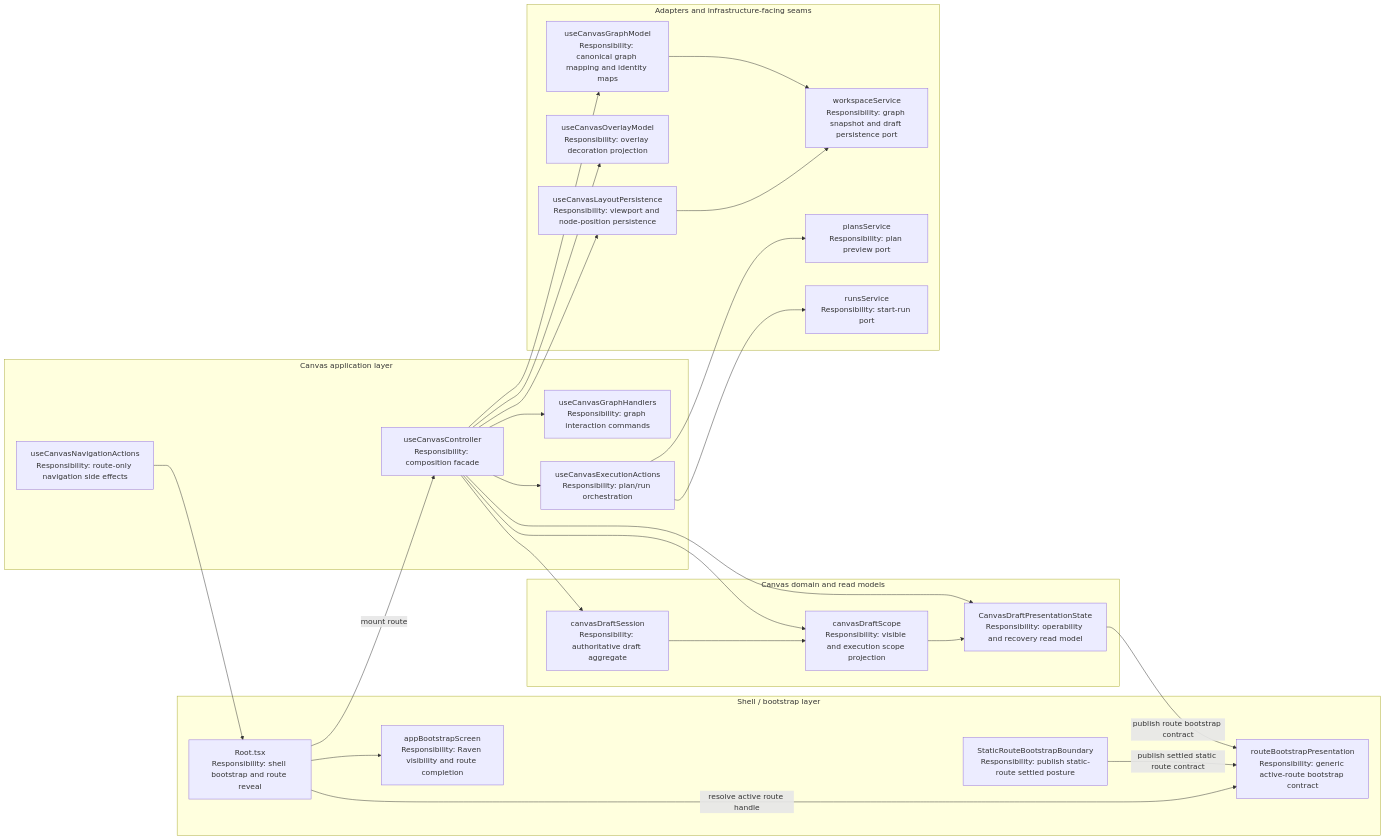
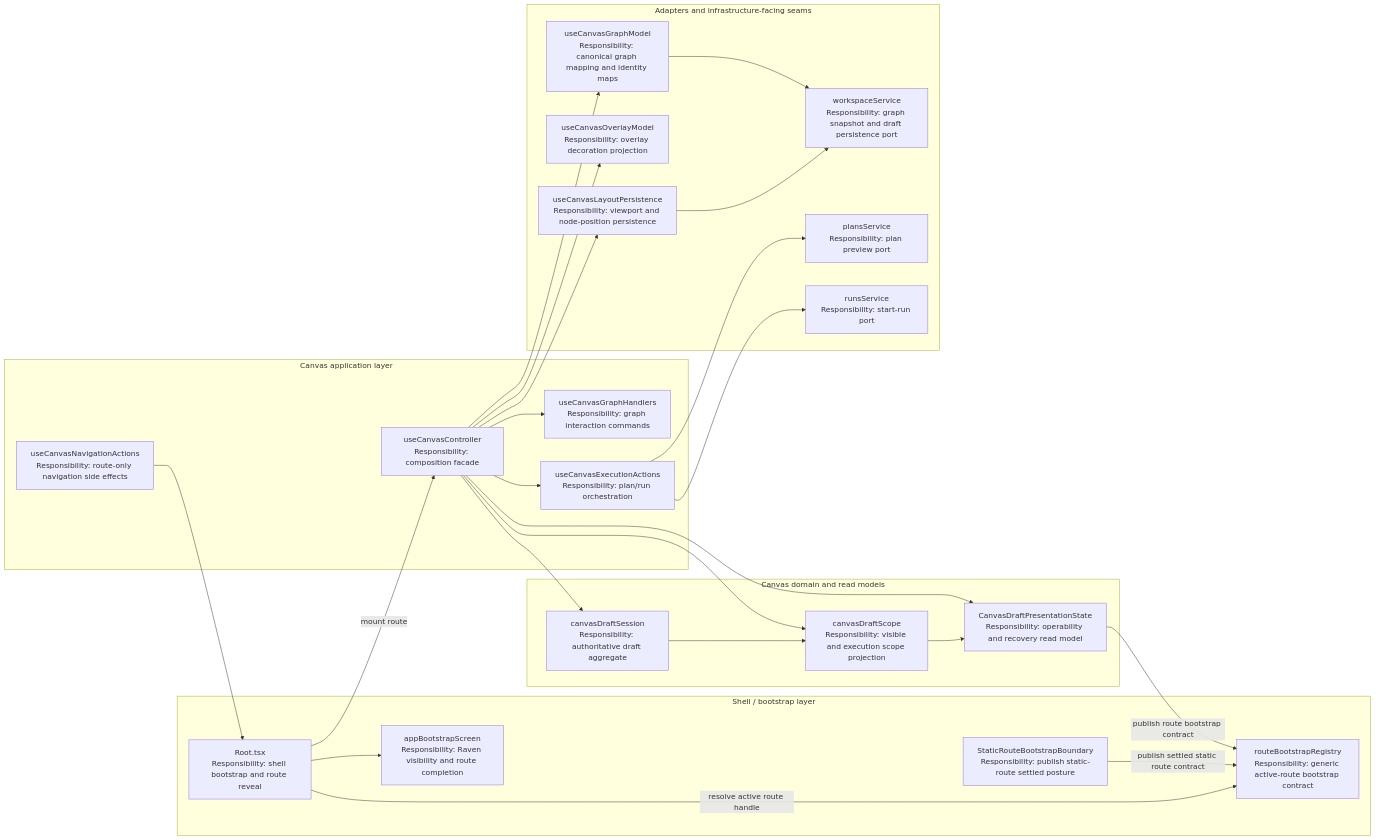
One commit to dunay2/dvt changed the third of 8 diagrams in docs/architecture/components/web/graph/canvas-controller-current-to-target-architecture.md. Above: the diagram before and after it, drawn with Mermaid. The commit also changed other lines of this file and 34 other files, not shown here.

Commit message:
refactor(web): Split route bootstrap ownership and align graph docs

````diff
--- a/docs/architecture/components/web/graph/canvas-controller-current-to-target-architecture.md
+++ b/docs/architecture/components/web/graph/canvas-controller-current-to-target-architecture.md
@@ -186,52 +202,52 @@
 ```mermaid
 flowchart LR
   subgraph Shell["Shell / bootstrap layer"]
     Root["Root.tsx\nResponsibility: shell bootstrap and route reveal"]
     Bootstrap["appBootstrapScreen\nResponsibility: Raven visibility and route completion"]
-    RouteBootstrap["routeBootstrapPresentation\nResponsibility: generic active-route bootstrap contract"]
+    RouteBootstrap["routeBootstrapRegistry\nResponsibility: generic active-route bootstrap contract"]
     StaticBoundary["StaticRouteBootstrapBoundary\nResponsibility: publish static-route settled posture"]
   end
 
   subgraph RouteApp["Canvas application layer"]
     Controller["useCanvasController\nResponsibility: composition facade"]
     Navigation["useCanvasNavigationActions\nResponsibility: route-only navigation side effects"]
     Handlers["useCanvasGraphHandlers\nResponsibility: graph interaction commands"]
     Execution["useCanvasExecutionActions\nResponsibility: plan/run orchestration"]
   end
 
   subgraph Domain["Canvas domain and read models"]
     DraftSession["canvasDraftSession\nResponsibility: authoritative draft aggregate"]
     DraftScope["canvasDraftScope\nResponsibility: visible and execution scope projection"]
     Presentation["CanvasDraftPresentationState\nResponsibility: operability and recovery read model"]
   end
 
   subgraph Adapters["Adapters and infrastructure-facing seams"]
     GraphModel["useCanvasGraphModel\nResponsibility: canonical graph mapping and identity maps"]
     OverlayModel["useCanvasOverlayModel\nResponsibility: overlay decoration projection"]
     Persistence["useCanvasLayoutPersistence\nResponsibility: viewport and node-position persistence"]
     Workspace["workspaceService\nResponsibility: graph snapshot and draft persistence port"]
     Plans["plansService\nResponsibility: plan preview port"]
     Runs["runsService\nResponsibility: start-run port"]
   end
 
   Root -->|"mount route"| Controller
   Root --> Bootstrap
   Controller --> DraftSession
   Controller --> DraftScope
   Controller --> Presentation
   Controller --> GraphModel
   Controller --> OverlayModel
   Controller --> Persistence
   Controller --> Handlers
   Controller --> Execution
   DraftSession --> DraftScope
   DraftScope --> Presentation
   Presentation -->|"publish route bootstrap contract"| RouteBootstrap
   StaticBoundary -->|"publish settled static route contract"| RouteBootstrap
   Root -->|"resolve active route handle"| RouteBootstrap
   GraphModel --> Workspace
   Persistence --> Workspace
   Execution --> Plans
   Execution --> Runs
   Navigation --> Root
 ```
````
